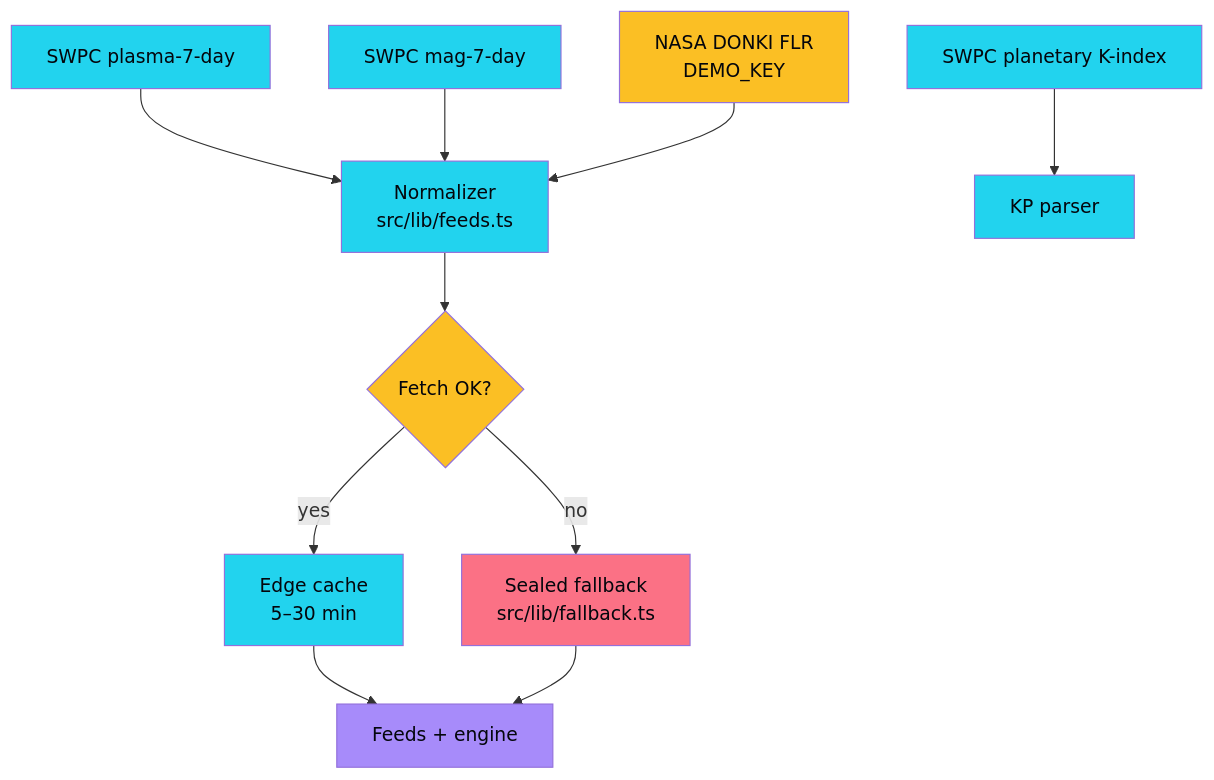
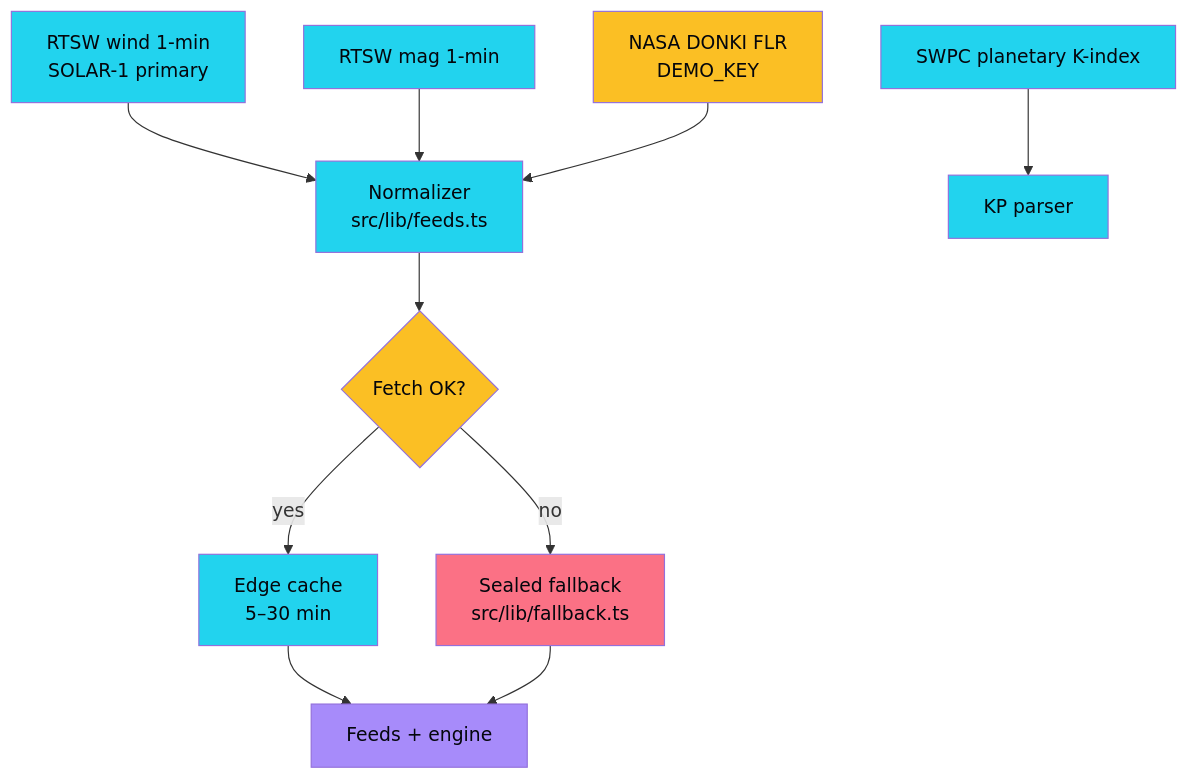
The second of 10 diagrams in README.md (aniruddhaadak80/solar-sentinel), drawn with Mermaid before and after one commit. The commit also changed 2 other files, not shown here.

Commit message:
Fix NOAA feeds for post-2026 RTSW: rtsw_wind/mag_1m + object-row Kp parser

````diff
--- a/README.md
+++ b/README.md
@@ -56,16 +56,16 @@
 ```mermaid
 flowchart TB
-    S1[SWPC plasma-7-day]:::live --> N[Normalizer<br/>src/lib/feeds.ts]:::live
-    S2[SWPC mag-7-day]:::live --> N
+    S1[RTSW wind 1-min<br/>SOLAR-1 primary]:::live --> N[Normalizer<br/>src/lib/feeds.ts]:::live
+    S2[RTSW mag 1-min]:::live --> N
     S3[SWPC planetary K-index]:::live --> K[KP parser]:::live
     S4[NASA DONKI FLR<br/>DEMO_KEY]:::warn --> N
     N --> C{Fetch OK?}:::warn
     C -->|yes| R[Edge cache<br/>5–30 min]:::live
     C -->|no| F[Sealed fallback<br/>src/lib/fallback.ts]:::risk
     R --> UI[Feeds + engine]:::ai
     F --> UI
     classDef live fill:#22d3ee,color:#04060c;
     classDef ai fill:#a78bfa,color:#04060c;
     classDef warn fill:#fbbf24,color:#04060c;
     classDef risk fill:#fb7185,color:#04060c;
 ```
````
